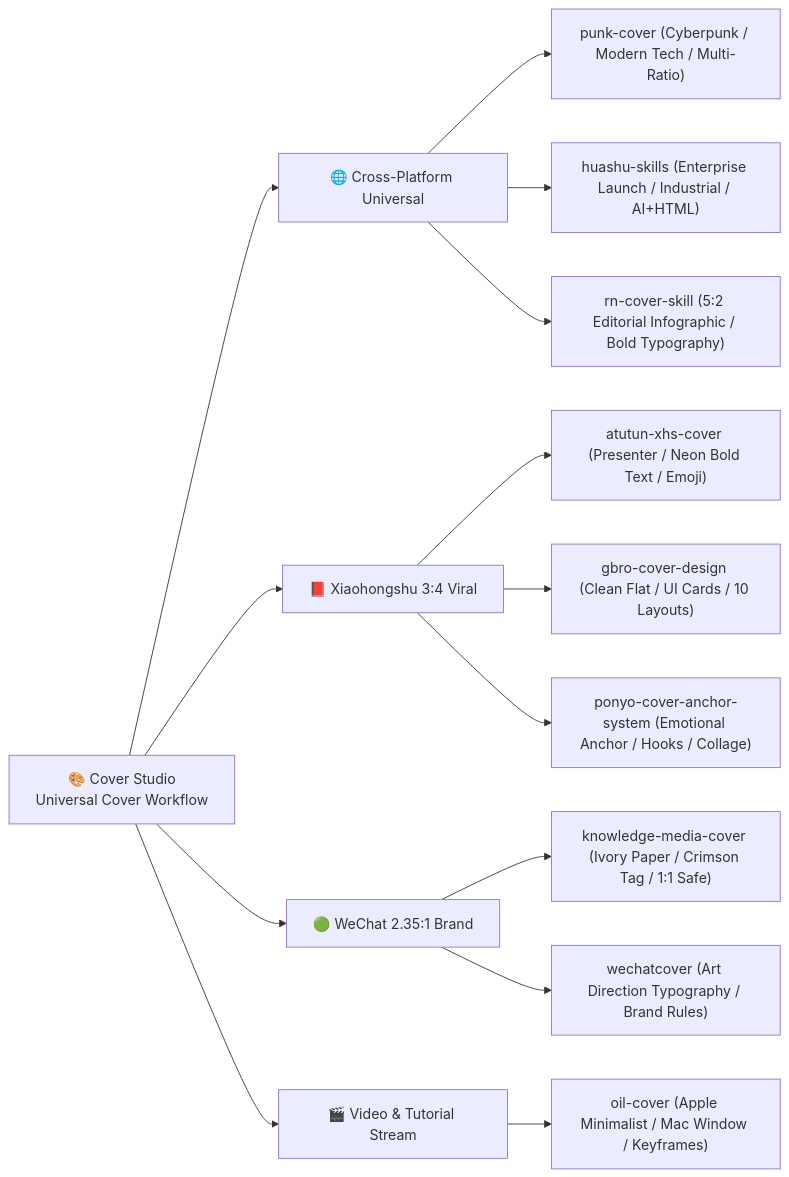
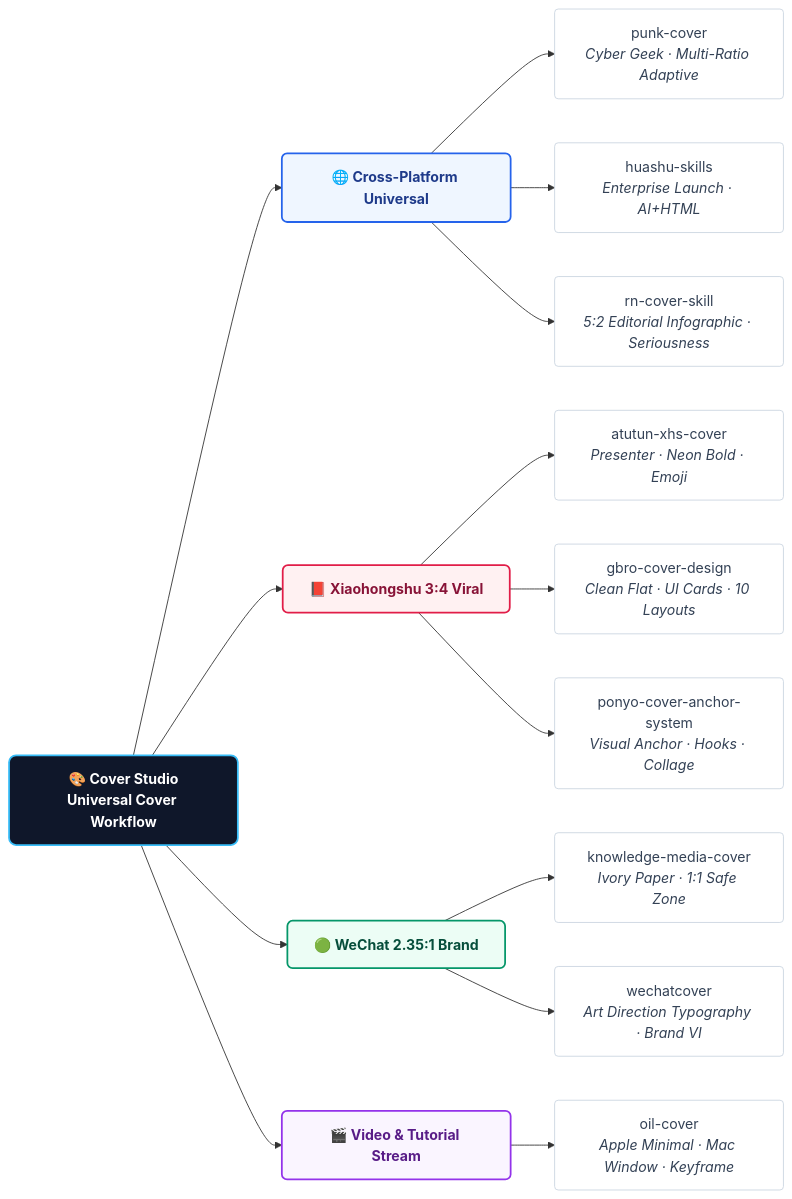
Before and after one commit to kaomei/cover-studio: the second of 2 diagrams in README.en.md, drawn with Mermaid. The commit also changed other lines of this file and 7 other files, not shown here.

Commit message:
style(docs): elevate Mermaid flowchart UI with modern SaaS color palettes, card boxes and glowing borders

````diff
--- a/README.en.md
+++ b/README.en.md
@@ -75,21 +94,28 @@
 ```mermaid
 flowchart LR
-    CS["🎨 Cover Studio<br/>Universal Cover Workflow"]
-    
-    CS --> S1["🌐 Cross-Platform Universal"]
-    S1 --> E1["punk-cover (Cyberpunk / Modern Tech / Multi-Ratio)"]
-    S1 --> E2["huashu-skills (Enterprise Launch / Industrial / AI+HTML)"]
-    S1 --> E3["rn-cover-skill (5:2 Editorial Infographic / Bold Typography)"]
+    classDef rootBox fill:#0f172a,stroke:#38bdf8,stroke-width:2px,color:#ffffff,font-weight:bold,rx:8px,ry:8px;
+    classDef cat1 fill:#eff6ff,stroke:#2563eb,stroke-width:2px,color:#1e3a8a,font-weight:bold,rx:6px,ry:6px;
+    classDef cat2 fill:#fff1f2,stroke:#e11d48,stroke-width:2px,color:#881337,font-weight:bold,rx:6px,ry:6px;
+    classDef cat3 fill:#ecfdf5,stroke:#059669,stroke-width:2px,color:#064e3b,font-weight:bold,rx:6px,ry:6px;
+    classDef cat4 fill:#faf5ff,stroke:#9333ea,stroke-width:2px,color:#581c87,font-weight:bold,rx:6px,ry:6px;
+    classDef leaf fill:#ffffff,stroke:#cbd5e1,stroke-width:1px,color:#334155,rx:4px,ry:4px;
 
-    CS --> S2["📕 Xiaohongshu 3:4 Viral"]
-    S2 --> E4["atutun-xhs-cover (Presenter / Neon Bold Text / Emoji)"]
-    S2 --> E5["gbro-cover-design (Clean Flat / UI Cards / 10 Layouts)"]
-    S2 --> E6["ponyo-cover-anchor-system (Emotional Anchor / Hooks / Collage)"]
+    CS["🎨 Cover Studio<br/>Universal Cover Workflow"]:::rootBox
 
-    CS --> S3["🟢 WeChat 2.35:1 Brand"]
-    S3 --> E7["knowledge-media-cover (Ivory Paper / Crimson Tag / 1:1 Safe)"]
-    S3 --> E8["wechatcover (Art Direction Typography / Brand Rules)"]
+    CS --> S1["🌐 Cross-Platform Universal"]:::cat1
+    S1 --> E1["punk-cover<br/><i>Cyber Geek · Multi-Ratio Adaptive</i>"]:::leaf
+    S1 --> E2["huashu-skills<br/><i>Enterprise Launch · AI+HTML</i>"]:::leaf
+    S1 --> E3["rn-cover-skill<br/><i>5:2 Editorial Infographic · Seriousness</i>"]:::leaf
 
-    CS --> S4["🎬 Video & Tutorial Stream"]
-    S4 --> E9["oil-cover (Apple Minimalist / Mac Window / Keyframes)"]
+    CS --> S2["📕 Xiaohongshu 3:4 Viral"]:::cat2
+    S2 --> E4["atutun-xhs-cover<br/><i>Presenter · Neon Bold · Emoji</i>"]:::leaf
+    S2 --> E5["gbro-cover-design<br/><i>Clean Flat · UI Cards · 10 Layouts</i>"]:::leaf
+    S2 --> E6["ponyo-cover-anchor-system<br/><i>Visual Anchor · Hooks · Collage</i>"]:::leaf
+
+    CS --> S3["🟢 WeChat 2.35:1 Brand"]:::cat3
+    S3 --> E7["knowledge-media-cover<br/><i>Ivory Paper · 1:1 Safe Zone</i>"]:::leaf
+    S3 --> E8["wechatcover<br/><i>Art Direction Typography · Brand VI</i>"]:::leaf
+
+    CS --> S4["🎬 Video & Tutorial Stream"]:::cat4
+    S4 --> E9["oil-cover<br/><i>Apple Minimal · Mac Window · Keyframe</i>"]:::leaf
 ```
````
